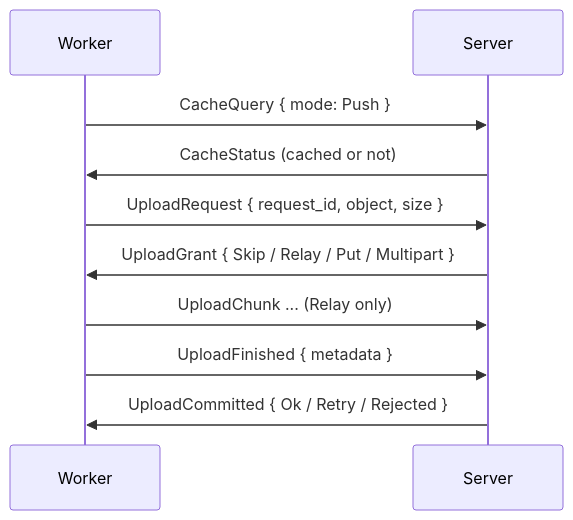
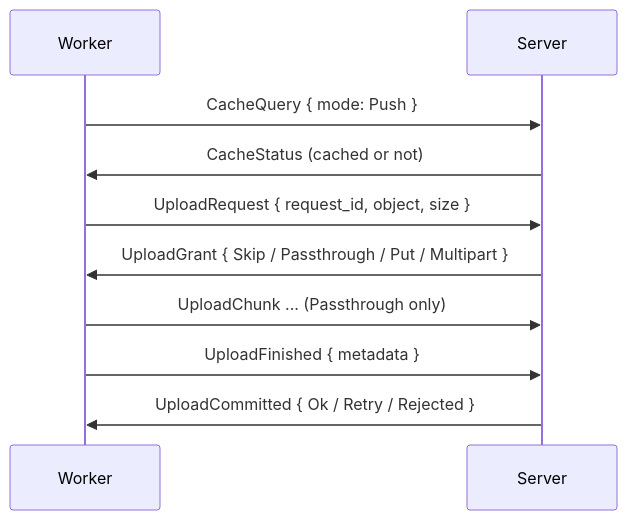
One commit to wavelens/gradient changed the diagram in docs/src/contributors/proto/transfer.md. Above: the diagram before and after it, drawn with Mermaid. The commit also changed other lines of this file and 61 other files, not shown here.

````diff
--- a/docs/src/contributors/proto/transfer.md
+++ b/docs/src/contributors/proto/transfer.md
@@ -7,12 +7,12 @@
 ```mermaid
 sequenceDiagram
     participant W as Worker
     participant S as Server
     W->>S: CacheQuery { mode: Push }
     S->>W: CacheStatus (cached or not)
     W->>S: UploadRequest { request_id, object, size }
-    S->>W: UploadGrant { Skip / Relay / Put / Multipart }
-    W->>S: UploadChunk ... (Relay only)
+    S->>W: UploadGrant { Skip / Passthrough / Put / Multipart }
+    W->>S: UploadChunk ... (Passthrough only)
     W->>S: UploadFinished { metadata }
     S->>W: UploadCommitted { Ok / Retry / Rejected }
 ```
````
